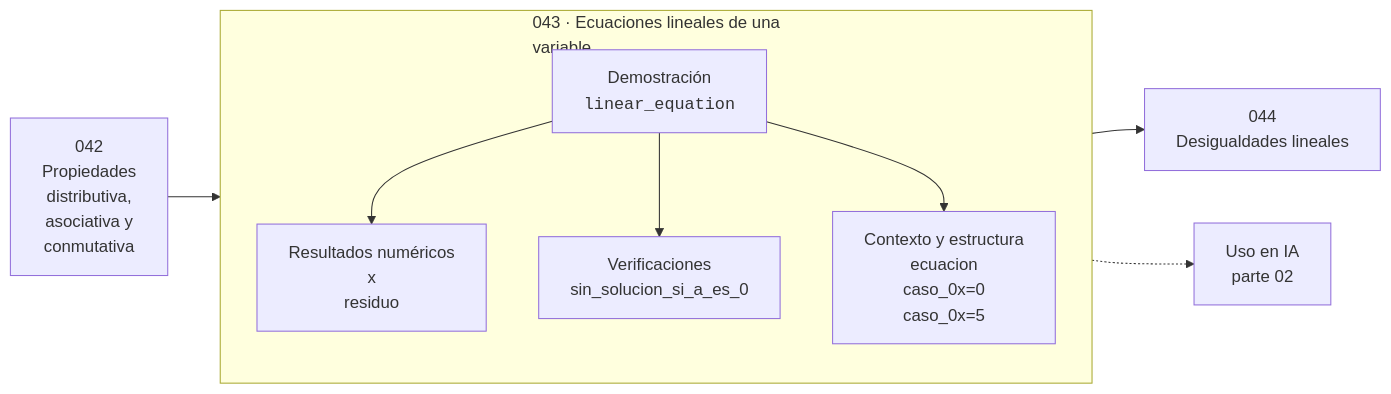
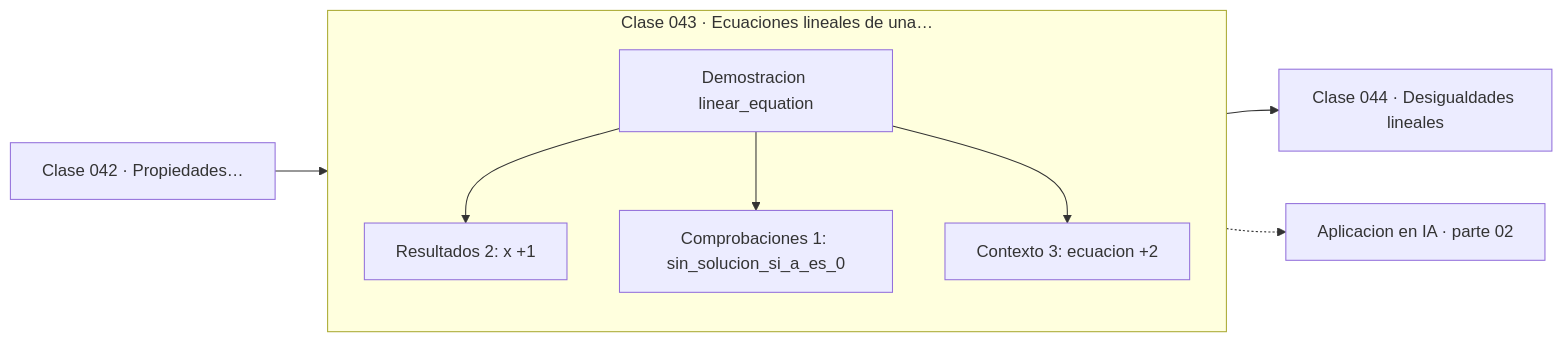
One commit to vladimiracunadev-create/computational-mathematics-program changed the diagram in classes/part-02-algebra-y-funciones/043-ecuaciones-lineales-de-una-variable/README.md. Above: the diagram before and after it, drawn with Mermaid. The commit also changed 389 other files, not shown here.

First line of the commit message:
fix(diagramas): elimina el HTML de las etiquetas Mermaid

````diff
--- a/classes/part-02-algebra-y-funciones/043-ecuaciones-lineales-de-una-variable/README.md
+++ b/classes/part-02-algebra-y-funciones/043-ecuaciones-lineales-de-una-variable/README.md
@@ -35,12 +35,13 @@
 ```mermaid
 flowchart LR
-    P["042<br/>Propiedades<br/>distributiva,<br/>asociativa y<br/>conmutativa"] --> C
-    subgraph C["043 · Ecuaciones lineales de una<br/>variable"]
+    P["Clase 042 · Propiedades…"] --> D
+    subgraph CLASE["Clase 043 · Ecuaciones lineales de una…"]
         direction TB
-        D["Demostración<br/><code>linear_equation</code>"] --> R["Resultados numéricos<br/>x<br/>residuo"]
-        D --> V["Verificaciones<br/>sin_solucion_si_a_es_0"]
-        D --> O["Contexto y estructura<br/>ecuacion<br/>caso_0x=0<br/>caso_0x=5"]
+        D["Demostracion linear_equation"]
+        D --> R["Resultados 2: x +1"]
+        D --> V["Comprobaciones 1: sin_solucion_si_a_es_0"]
+        D --> O["Contexto 3: ecuacion +2"]
     end
-    C --> N["044<br/>Desigualdades lineales"]
-    C -.-> IA["Uso en IA<br/>parte 02"]
+    R --> N["Clase 044 · Desigualdades lineales"]
+    V -.-> IA["Aplicacion en IA · parte 02"]
 ```
````
